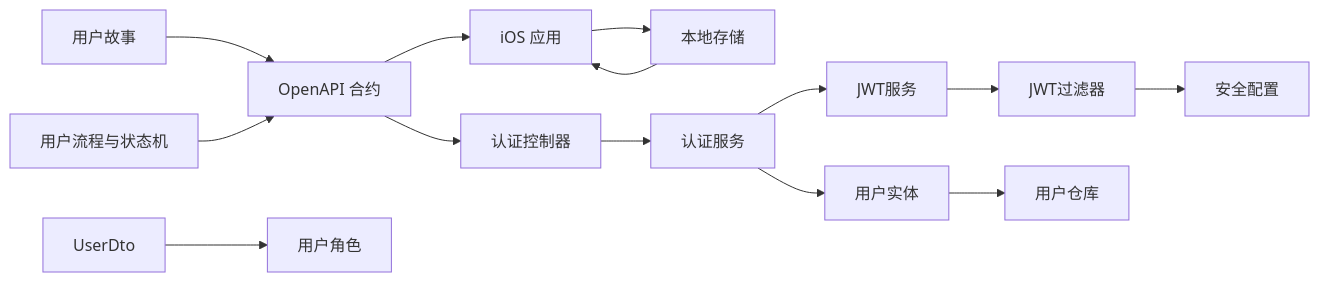
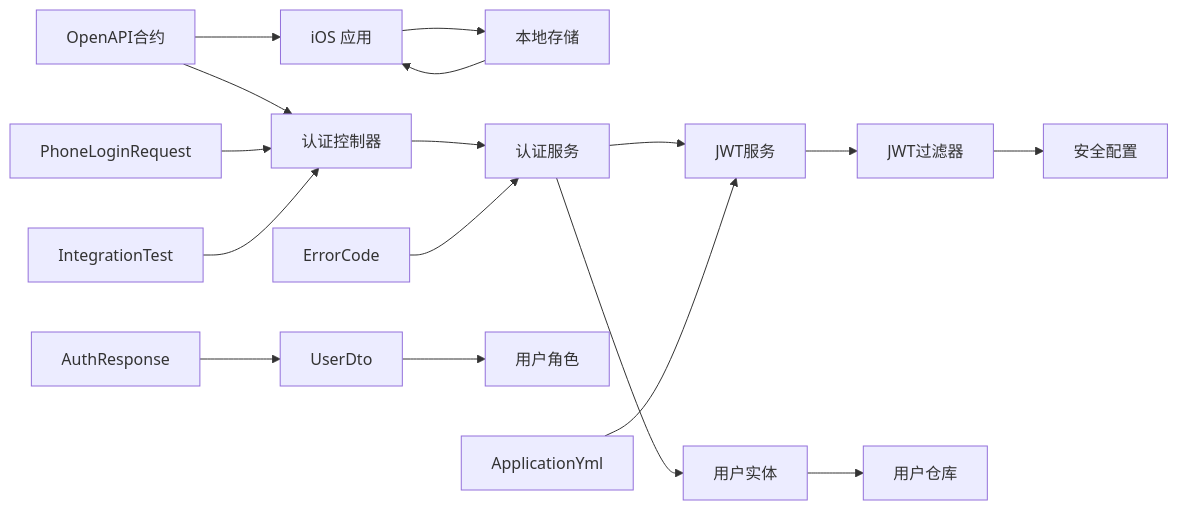
Before and after one commit to Jayden23018/blind-run-ios: diagram 11 of 11 in .qoder/repowiki/zh/content/核心功能模块/认证系统.md, drawn with Mermaid. The commit also changed other lines of this file and 21 other files, not shown here.

````diff
--- a/.qoder/repowiki/zh/content/核心功能模块/认证系统.md
+++ b/.qoder/repowiki/zh/content/核心功能模块/认证系统.md
@@ -655,16 +660,19 @@
 ```mermaid
 graph LR
-Stories["用户故事"] --> API["OpenAPI 合约"]
-Flow["用户流程与状态机"] --> API
-API --> IOS["iOS 应用"]
+OpenAPI["OpenAPI合约"] --> IOS["iOS 应用"]
 IOS --> Store["本地存储"]
 Store --> IOS
-API --> AuthController["认证控制器"]
+OpenAPI --> AuthController["认证控制器"]
 AuthController --> AuthService["认证服务"]
 AuthService --> JwtService["JWT服务"]
 JwtService --> JwtFilter["JWT过滤器"]
 JwtFilter --> SecurityConfig["安全配置"]
 AuthService --> AppUser["用户实体"]
 AppUser --> AppUserRepository["用户仓库"]
 UserDto --> UserRole["用户角色"]
+PhoneLoginRequest --> AuthController
+AuthResponse --> UserDto
+ErrorCode --> AuthService
+IntegrationTest --> AuthController
+ApplicationYml --> JwtService
 ```
````
